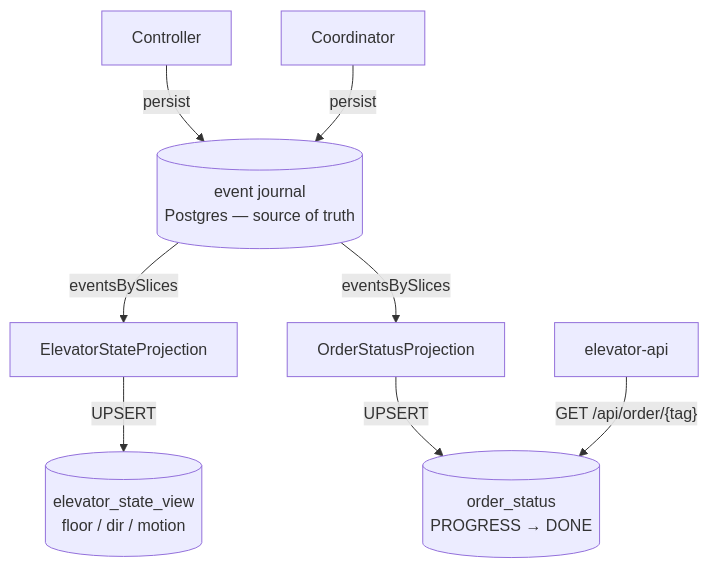
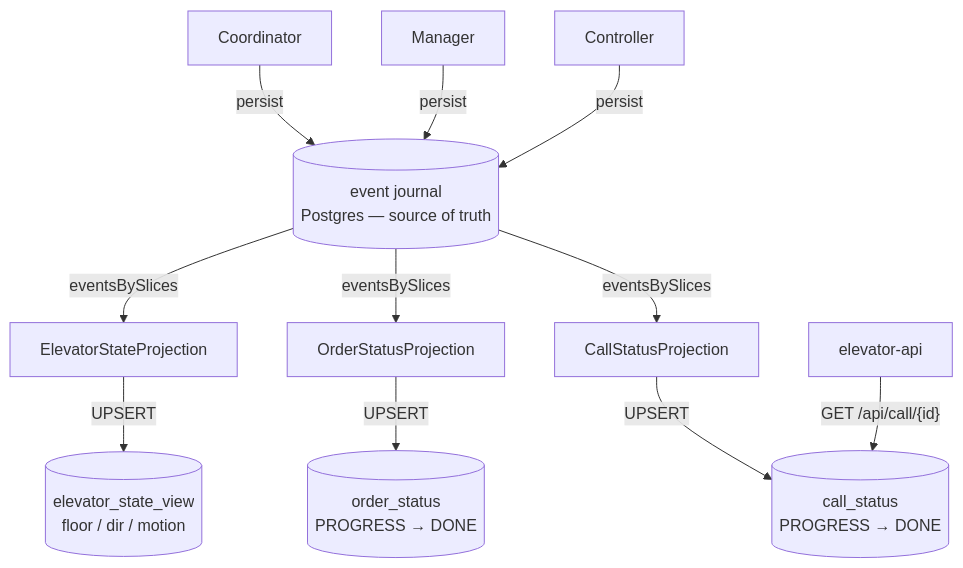
Before and after one commit to TwistedLady/elevator-system: the diagram in docs/read-model.md, drawn with Mermaid. The commit also changed other lines of this file and 19 other files, not shown here.

First line of the commit message:
Docs + cleanup: refactor docs to Call/Order; drop dead files; fix nested poms

````diff
--- a/docs/read-model.md
+++ b/docs/read-model.md
@@ -6,10 +6,13 @@
 ```mermaid
 flowchart TD
-  ct["Controller"] -->|persist| j[("event journal<br/>Postgres — source of truth")]
-  co["Coordinator"] -->|persist| j
-  j -->|eventsBySlices| sp["ElevatorStateProjection"]
+  co["Coordinator"] -->|persist| j[("event journal<br/>Postgres — source of truth")]
+  mg["Manager"] -->|persist| j
+  ct["Controller"] -->|persist| j
+  j -->|eventsBySlices| ep["ElevatorStateProjection"]
   j -->|eventsBySlices| op["OrderStatusProjection"]
-  sp -->|UPSERT| sv[("elevator_state_view<br/>floor / dir / motion")]
+  j -->|eventsBySlices| cp["CallStatusProjection"]
+  ep -->|UPSERT| sv[("elevator_state_view<br/>floor / dir / motion")]
   op -->|UPSERT| os[("order_status<br/>PROGRESS → DONE")]
-  api["elevator-api"] -->|"GET /api/order/{tag}"| os
+  cp -->|UPSERT| cs[("call_status<br/>PROGRESS → DONE")]
+  api["elevator-api"] -->|"GET /api/call/{id}"| cs
 ```
````
